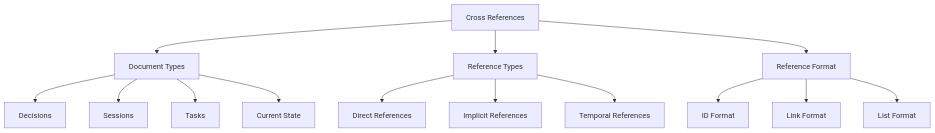
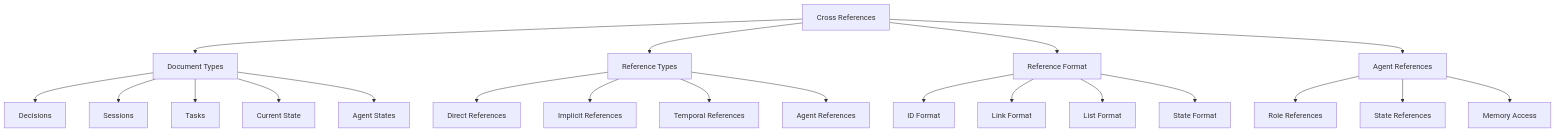
The first of 2 diagrams in docs/cross_referencing.md (FixingPixels/Aegis), drawn with Mermaid before and after one commit. The commit also changed other lines of this file and 19 other files, not shown here.

````diff
--- a/docs/cross_referencing.md
+++ b/docs/cross_referencing.md
@@ -7,19 +7,27 @@
 ```mermaid
 graph TD
     A[Cross References] --> B[Document Types]
     A --> C[Reference Types]
     A --> D[Reference Format]
+    A --> E[Agent References]
     
     B --> B1[Decisions]
     B --> B2[Sessions]
     B --> B3[Tasks]
     B --> B4[Current State]
+    B --> B5[Agent States]
     
     C --> C1[Direct References]
     C --> C2[Implicit References]
     C --> C3[Temporal References]
+    C --> C4[Agent References]
     
     D --> D1[ID Format]
     D --> D2[Link Format]
     D --> D3[List Format]
+    D --> D4[State Format]
+    
+    E --> E1[Role References]
+    E --> E2[State References]
+    E --> E3[Memory Access]
 ```
````
